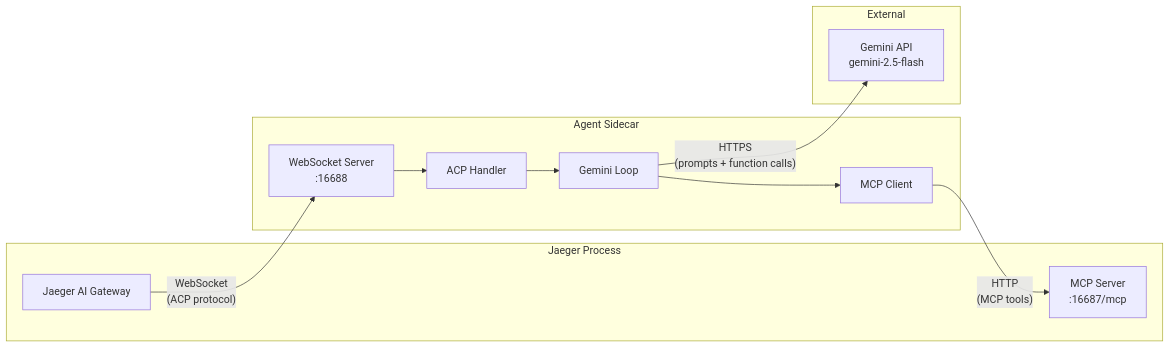
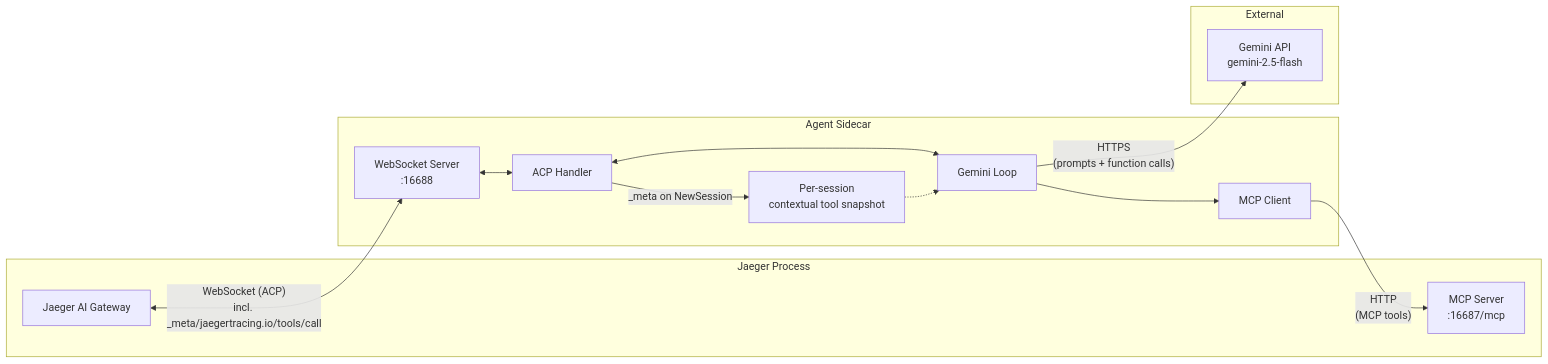
Before and after one commit to jaegertracing/jaeger: the first of 2 diagrams in scripts/ai-sidecar/gemini/README.md, drawn with Mermaid. The commit also changed other lines of this file and 3 other files, not shown here.

````diff
--- a/scripts/ai-sidecar/gemini/README.md
+++ b/scripts/ai-sidecar/gemini/README.md
@@ -107,24 +110,28 @@
 ```mermaid
 graph LR
     subgraph Jaeger Process
         GW[Jaeger AI Gateway]
         MCP[MCP Server<br/>:16687/mcp]
     end
 
     subgraph Agent Sidecar
         WS[WebSocket Server<br/>:16688]
         ACP[ACP Handler]
         Loop[Gemini Loop]
         Bridge[MCP Client]
+        CTX[Per-session<br/>contextual tool snapshot]
     end
 
     subgraph External
         Gemini[Gemini API<br/>gemini-2.5-flash]
     end
 
-    GW -- "WebSocket<br/>(ACP protocol)" --> WS
-    WS --> ACP --> Loop
+    GW <-- "WebSocket (ACP)<br/>incl. _meta/jaegertracing.io/tools/call" --> WS
+    WS <--> ACP
+    ACP <--> Loop
+    ACP -- "_meta on NewSession" --> CTX
     Loop --> Bridge
     Bridge -- "HTTP<br/>(MCP tools)" --> MCP
     Loop -- "HTTPS<br/>(prompts + function calls)" --> Gemini
+    CTX -.-> Loop
 ```
````
